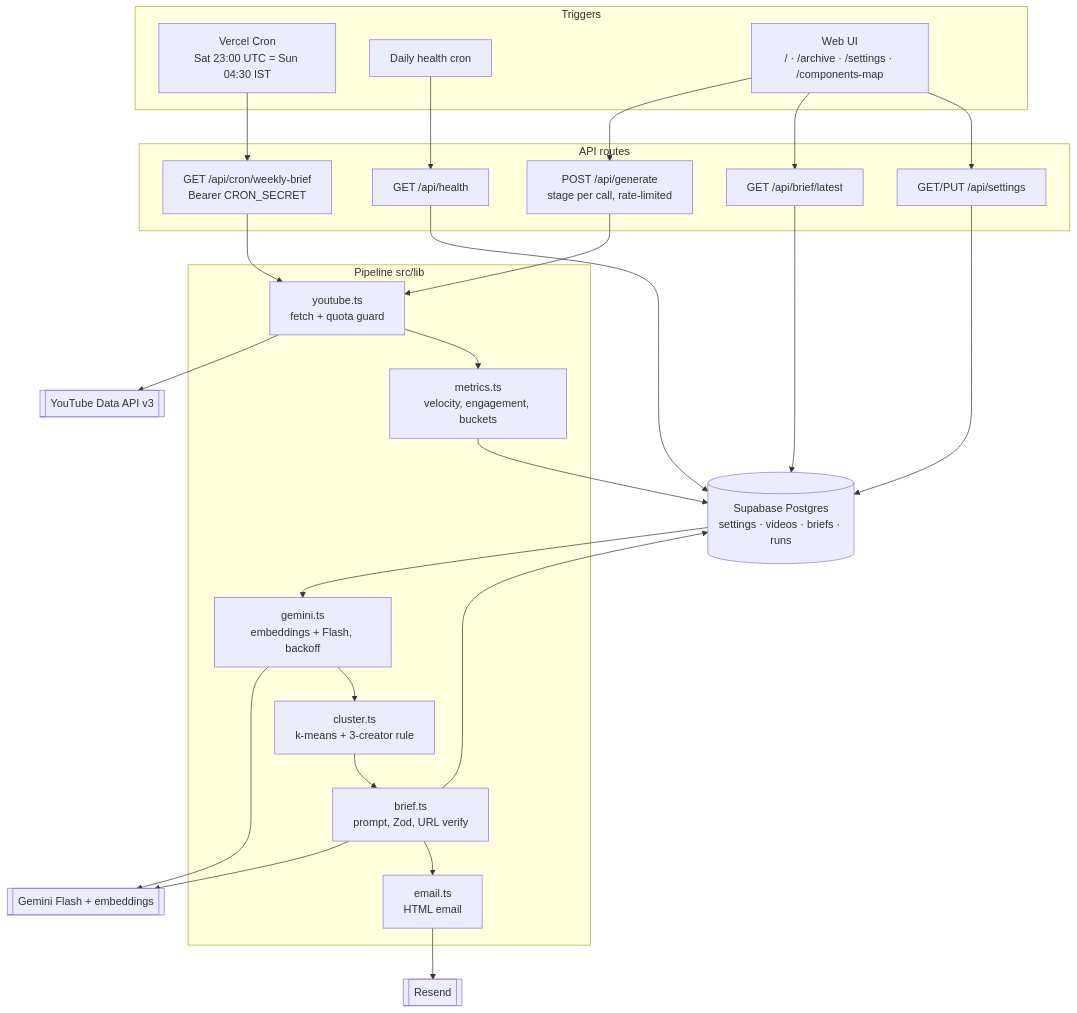
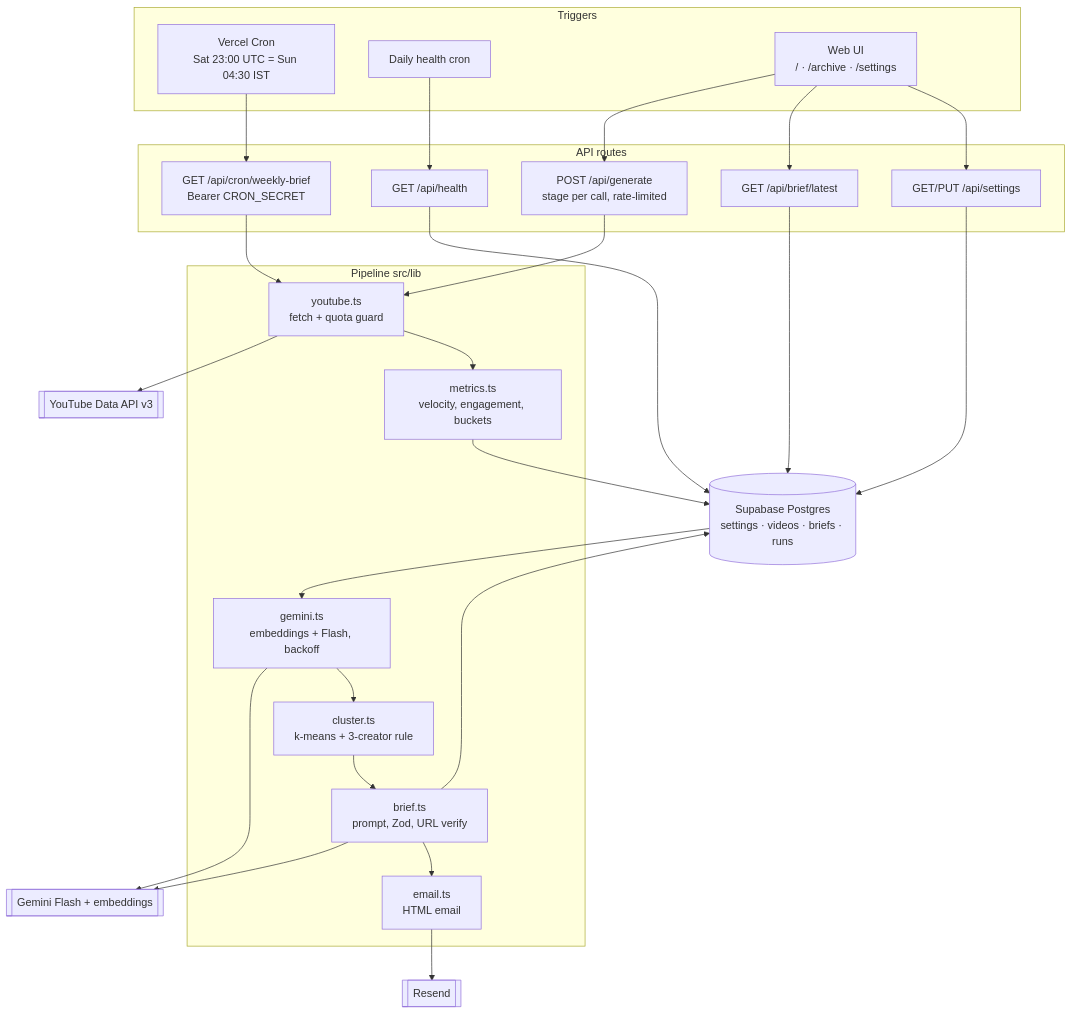
One commit to sankhlayashrjn-sketch/youtube-trend-radar changed the diagram in README.md. Above: the diagram before and after it, drawn with Mermaid. The commit also changed other lines of this file and 9 other files, not shown here.

````diff
--- a/README.md
+++ b/README.md
@@ -66,44 +64,44 @@
 ```mermaid
 flowchart TD
   subgraph Triggers
     CRON[Vercel Cron<br/>Sat 23:00 UTC = Sun 04:30 IST]
     HEALTH[Daily health cron]
-    UI[Web UI<br/>/ · /archive · /settings · /components-map]
+    UI[Web UI<br/>/ · /archive · /settings]
   end
   subgraph API[API routes]
     GEN[POST /api/generate<br/>stage per call, rate-limited]
     CR[GET /api/cron/weekly-brief<br/>Bearer CRON_SECRET]
     LAT[GET /api/brief/latest]
     SET[GET/PUT /api/settings]
     HLT[GET /api/health]
   end
   subgraph Lib[Pipeline src/lib]
     YT[youtube.ts<br/>fetch + quota guard]
     MET[metrics.ts<br/>velocity, engagement, buckets]
     GM[gemini.ts<br/>embeddings + Flash, backoff]
     CL[cluster.ts<br/>k-means + 3-creator rule]
     BR[brief.ts<br/>prompt, Zod, URL verify]
     EM[email.ts<br/>HTML email]
   end
   DB[(Supabase Postgres<br/>settings · videos · briefs · runs)]
   YTAPI[[YouTube Data API v3]]
   GAPI[[Gemini Flash + embeddings]]
   RS[[Resend]]
 
   CRON --> CR
   HEALTH --> HLT
   UI --> GEN
   UI --> LAT
   UI --> SET
   GEN --> YT
   CR --> YT
   YT --> YTAPI
   YT --> MET --> DB
   DB --> GM --> GAPI
   GM --> CL --> BR --> GAPI
   BR --> DB
   BR --> EM --> RS
   LAT --> DB
   SET --> DB
   HLT --> DB
 ```
````
